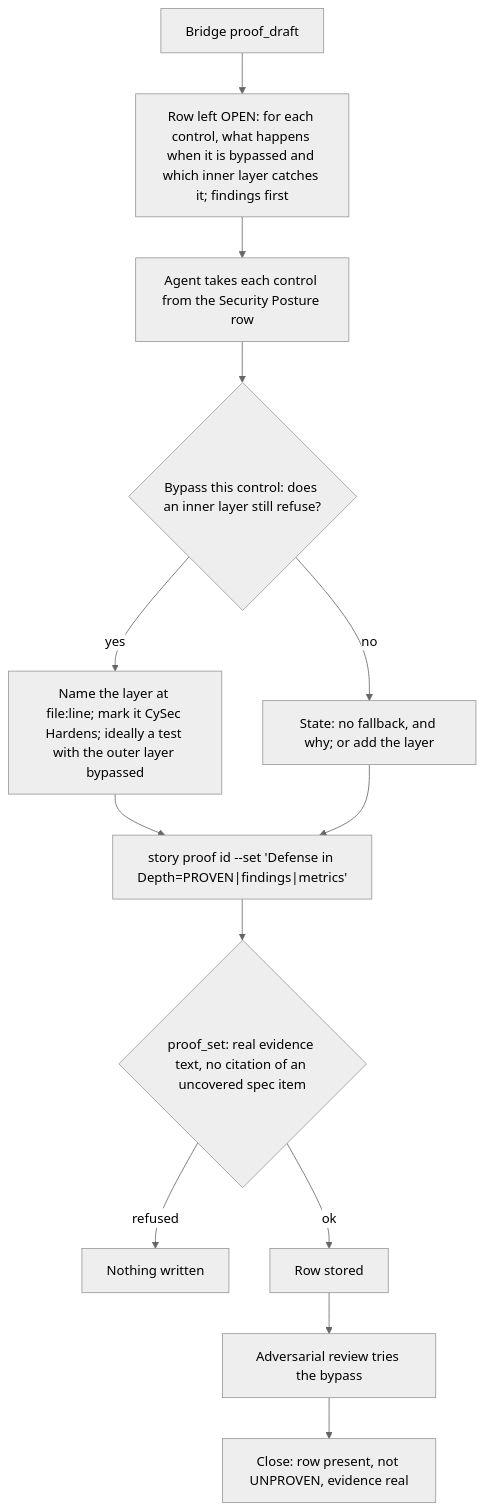
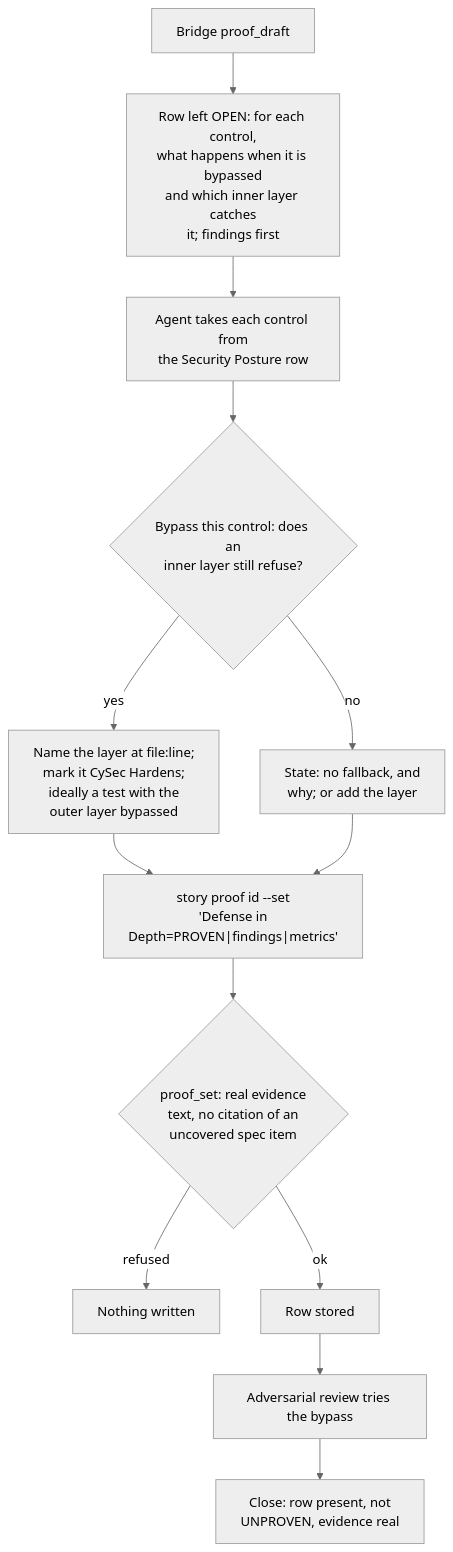
The diagram in docs/PROOF_DIMENSION_DEFENSE_IN_DEPTH.md (DogmaSolutions/Kyklos), drawn with Mermaid (neutral theme) before and after one commit. The commit also changed 38 other files, not shown here.

````diff
--- a/docs/PROOF_DIMENSION_DEFENSE_IN_DEPTH.md
+++ b/docs/PROOF_DIMENSION_DEFENSE_IN_DEPTH.md
@@ -31,15 +31,15 @@
 ```mermaid
 flowchart TD
-    A["Bridge proof_draft"] --> B["Row left OPEN: for each control, what happens when it is bypassed and which inner layer catches it; findings first"]
-    B --> C["Agent takes each control from the Security Posture row"]
-    C --> D{"Bypass this control: does an inner layer still refuse?"}
-    D -->|"yes"| E["Name the layer at file:line; mark it CySec Hardens; ideally a test with the outer layer bypassed"]
-    D -->|"no"| F["State: no fallback, and why; or add the layer"]
-    E --> G["story proof id --set 'Defense in Depth=PROVEN|findings|metrics'"]
+    A["Bridge proof_draft"] --> B["Row left OPEN: for each control,<br/>what happens when it is bypassed<br/>and which inner layer catches<br/>it; findings first"]
+    B --> C["Agent takes each control from<br/>the Security Posture row"]
+    C --> D{"Bypass this control: does an<br/>inner layer still refuse?"}
+    D -->|"yes"| E["Name the layer at file:line;<br/>mark it CySec Hardens;<br/>ideally a test with the<br/>outer layer bypassed"]
+    D -->|"no"| F["State: no fallback, and<br/>why; or add the layer"]
+    E --> G["story proof id --set<br/>'Defense in<br/>Depth=PROVEN|findings|metrics'"]
     F --> G
-    G --> H{"proof_set: real evidence text, no citation of an uncovered spec item"}
+    G --> H{"proof_set: real evidence<br/>text, no citation of an<br/>uncovered spec item"}
     H -->|"refused"| X["Nothing written"]
     H -->|"ok"| S["Row stored"]
     S --> R["Adversarial review tries the bypass"]
-    R --> Z["Close: row present, not UNPROVEN, evidence real"]
+    R --> Z["Close: row present, not<br/>UNPROVEN, evidence real"]
 ```
````
